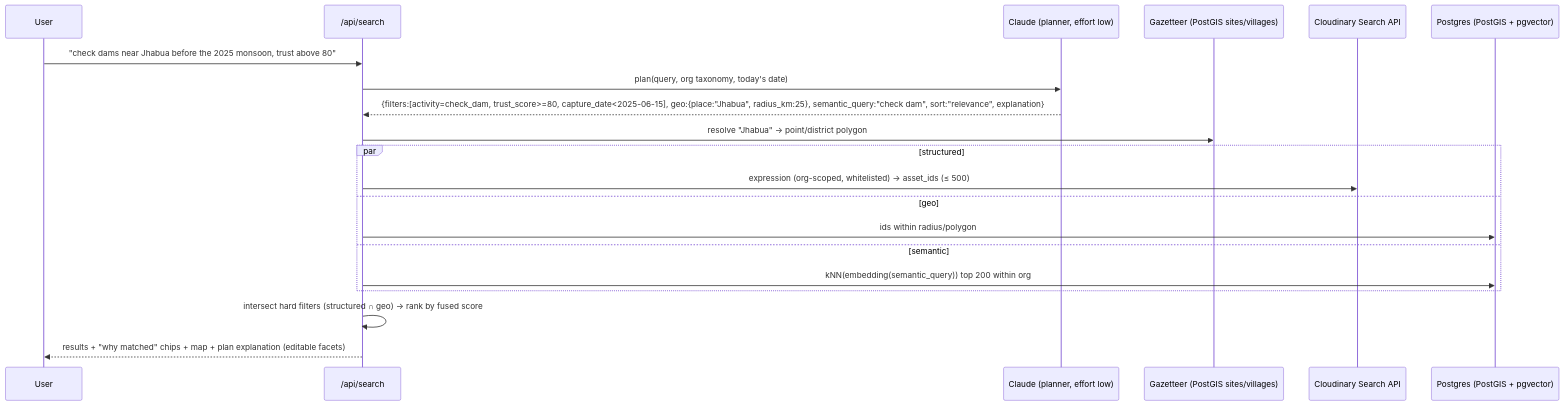
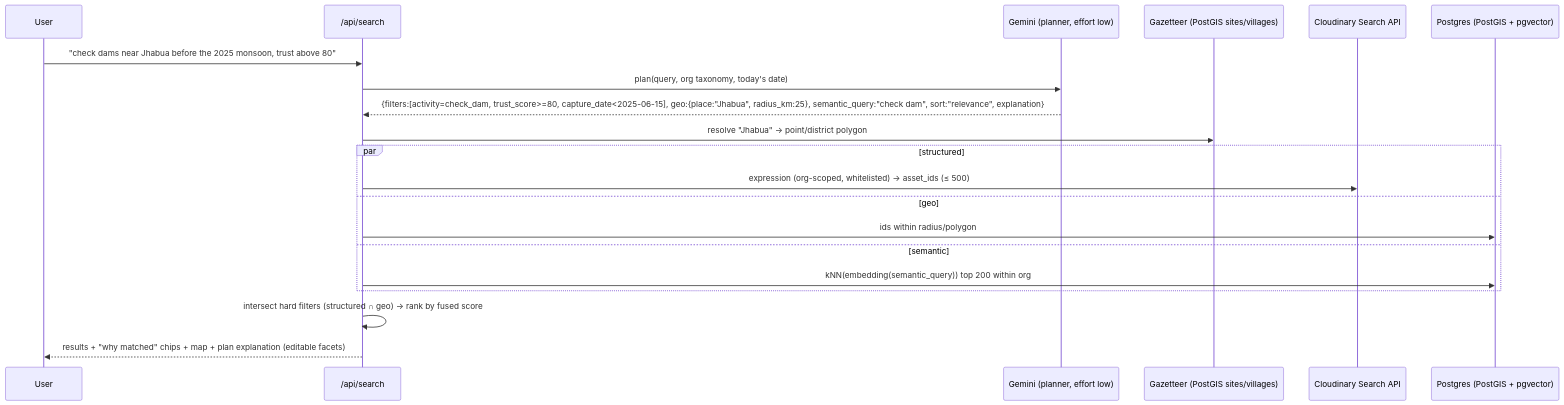
Before and after one commit to Shambhavi500/Pramaan: the diagram in research/04_solution/09_search_and_discovery.md, drawn with Mermaid. The commit also changed 41 other files, not shown here.

````diff
--- a/research/04_solution/09_search_and_discovery.md
+++ b/research/04_solution/09_search_and_discovery.md
@@ -20,22 +20,22 @@
 ```mermaid
 sequenceDiagram
   participant U as User
   participant API as /api/search
-  participant CL as Claude (planner, effort low)
+  participant CL as Gemini (planner, effort low)
   participant GZ as Gazetteer (PostGIS sites/villages)
   participant CS as Cloudinary Search API
   participant PG as Postgres (PostGIS + pgvector)
   U->>API: "check dams near Jhabua before the 2025 monsoon, trust above 80"
   API->>CL: plan(query, org taxonomy, today's date)
   CL-->>API: {filters:[activity=check_dam, trust_score>=80, capture_date<2025-06-15], geo:{place:"Jhabua", radius_km:25}, semantic_query:"check dam", sort:"relevance", explanation}
   API->>GZ: resolve "Jhabua" → point/district polygon
   par structured
     API->>CS: expression (org-scoped, whitelisted) → asset_ids (≤ 500)
   and geo
     API->>PG: ids within radius/polygon
   and semantic
     API->>PG: kNN(embedding(semantic_query)) top 200 within org
   end
   API->>API: intersect hard filters (structured ∩ geo) → rank by fused score
   API-->>U: results + "why matched" chips + map + plan explanation (editable facets)
 ```
````
